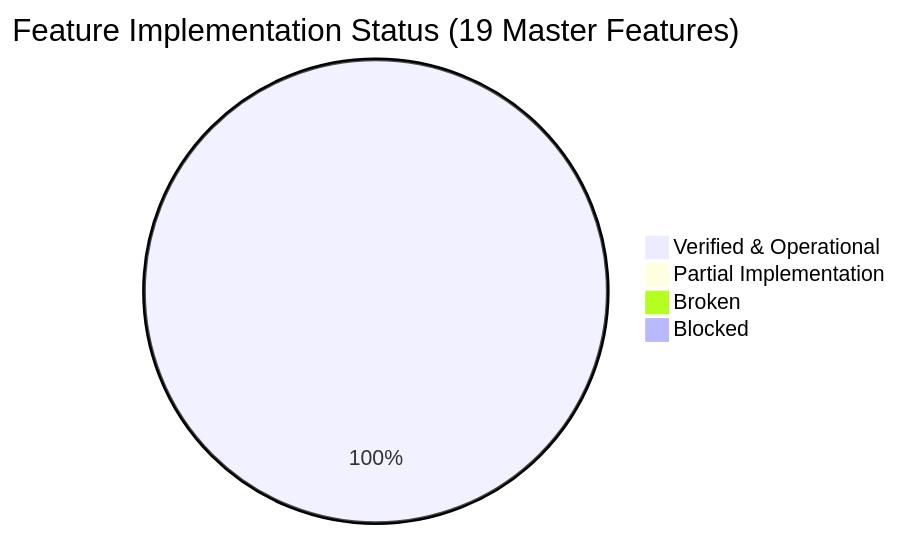
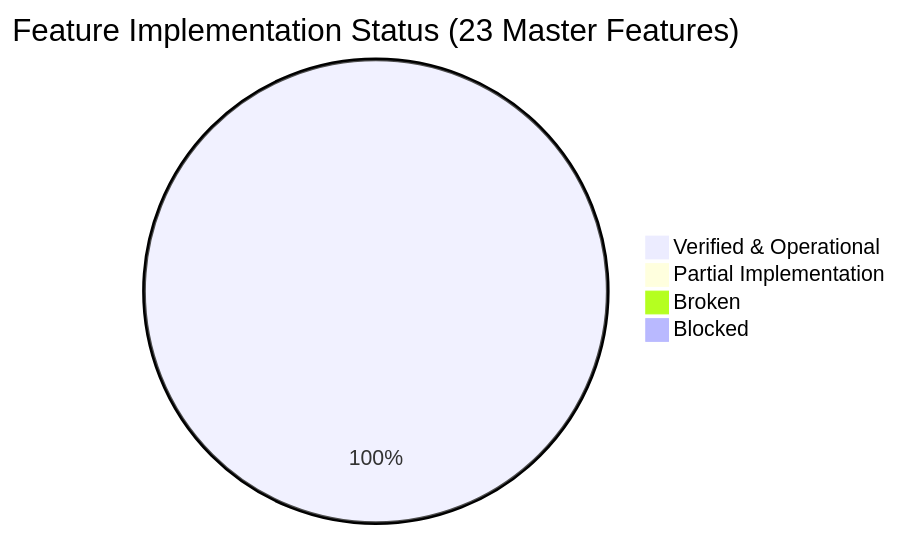
The first of 2 diagrams in IMPLEMENTATION_STATUS.md (thamaracode/Friends_Dating), drawn with Mermaid before and after one commit. The commit also changed other lines of this file and 17 other files, not shown here.

````diff
--- a/IMPLEMENTATION_STATUS.md
+++ b/IMPLEMENTATION_STATUS.md
@@ -11,7 +11,7 @@
 ```mermaid
-pie title Feature Implementation Status (19 Master Features)
-    "Verified & Operational" : 19
+pie title Feature Implementation Status (23 Master Features)
+    "Verified & Operational" : 23
     "Partial Implementation" : 0
     "Broken" : 0
     "Blocked" : 0
 ```
````
